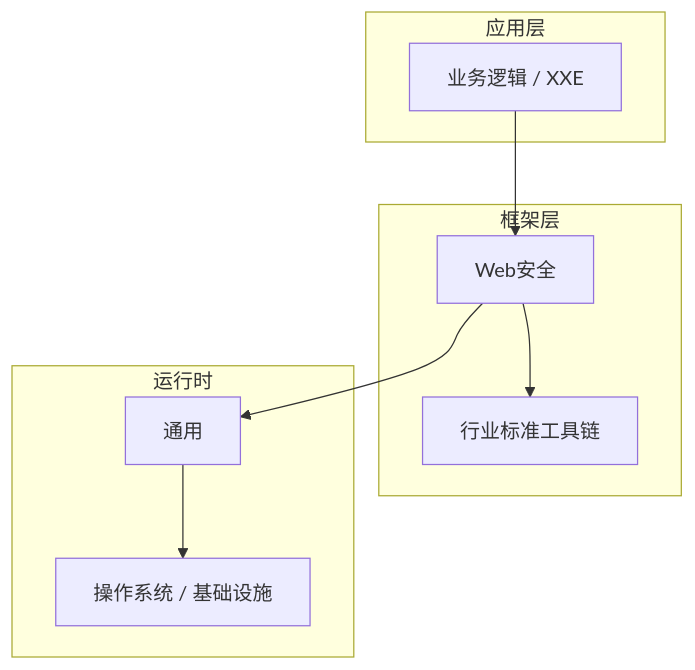
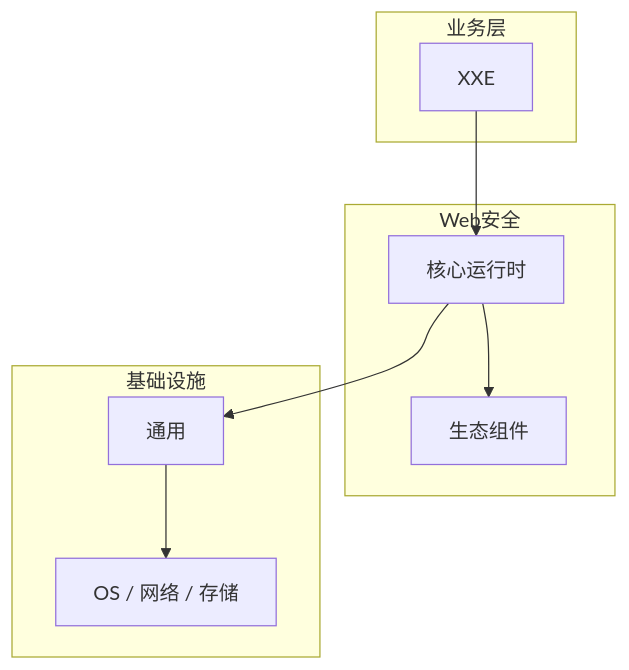
The diagram in articles/Web安全/chapters/049-XXE核心概念与原理.md (yanggan2015/knowledge-json-v2), drawn with Mermaid before and after one commit. The commit also changed other lines of this file and 10127 other files, not shown here.

````diff
--- a/articles/Web安全/chapters/049-XXE核心概念与原理.md
+++ b/articles/Web安全/chapters/049-XXE核心概念与原理.md
@@ -46,18 +31,18 @@
 ```mermaid
 graph TB
-    subgraph 应用层
-        A[业务逻辑 / XXE]
+    subgraph 业务层
+        A[XXE]
     end
-    subgraph 框架层
-        B[Web安全]
-        C[行业标准工具链]
+    subgraph Web安全
+        B[核心运行时]
+        C[生态组件]
     end
-    subgraph 运行时
+    subgraph 基础设施
         D[通用]
-        E[操作系统 / 基础设施]
+        E[OS / 网络 / 存储]
     end
     A --> B
     B --> C
     B --> D
     D --> E
 ```
````
